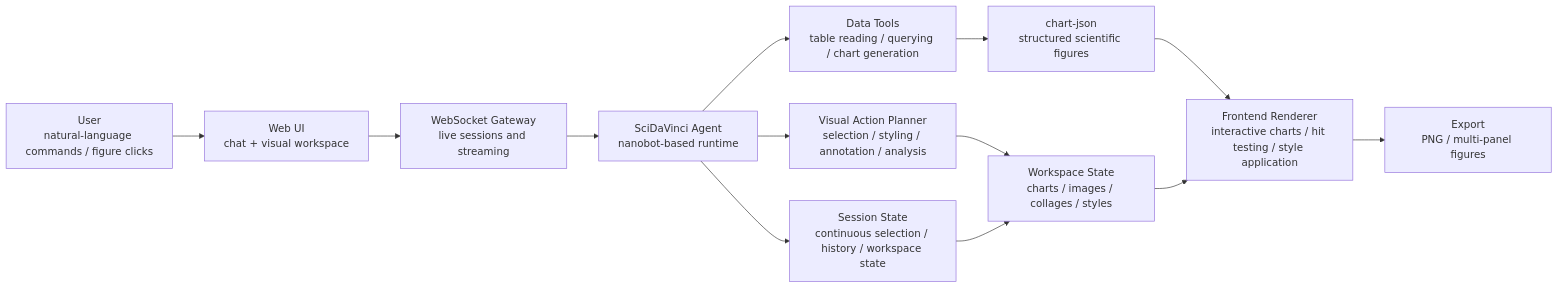
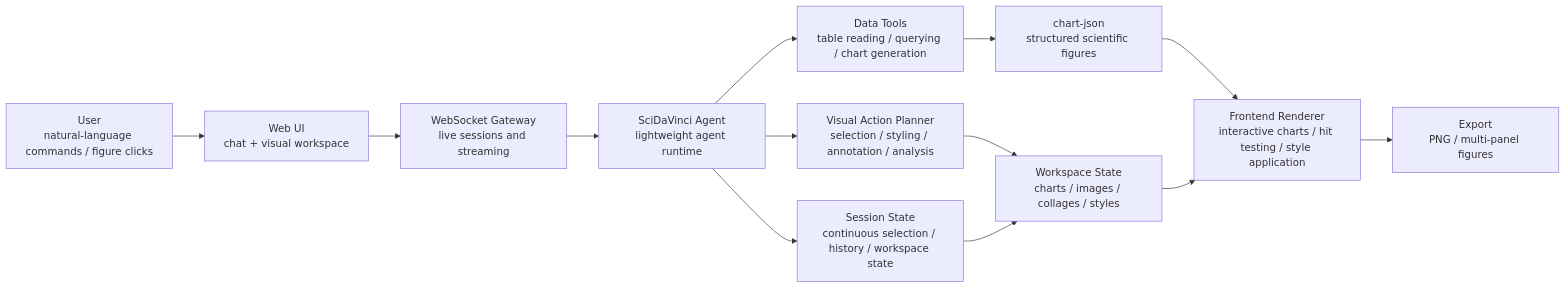
One commit to raymkf/scidavinci changed the second of 2 diagrams in README.md. Above: the diagram before and after it, drawn with Mermaid. The commit also changed other lines of this file and 106 other files, not shown here.

Commit message:
chore: prepare SciDaVinci public release

````diff
--- a/README.md
+++ b/README.md
@@ -324,18 +341,18 @@
 ```mermaid
 flowchart LR
     User["User<br/>natural-language commands / figure clicks"] --> WebUI["Web UI<br/>chat + visual workspace"]
     WebUI --> Gateway["WebSocket Gateway<br/>live sessions and streaming"]
-    Gateway --> Agent["SciDaVinci Agent<br/>nanobot-based runtime"]
+    Gateway --> Agent["SciDaVinci Agent<br/>lightweight agent runtime"]
 
     Agent --> DataTools["Data Tools<br/>table reading / querying / chart generation"]
     Agent --> ActionPlanner["Visual Action Planner<br/>selection / styling / annotation / analysis"]
     Agent --> Memory["Session State<br/>continuous selection / history / workspace state"]
 
     DataTools --> ChartJSON["chart-json<br/>structured scientific figures"]
     ActionPlanner --> WorkspaceState["Workspace State<br/>charts / images / collages / styles"]
     Memory --> WorkspaceState
 
     ChartJSON --> Renderer["Frontend Renderer<br/>interactive charts / hit testing / style application"]
     WorkspaceState --> Renderer
     Renderer --> Export["Export<br/>PNG / multi-panel figures"]
 ```
````
